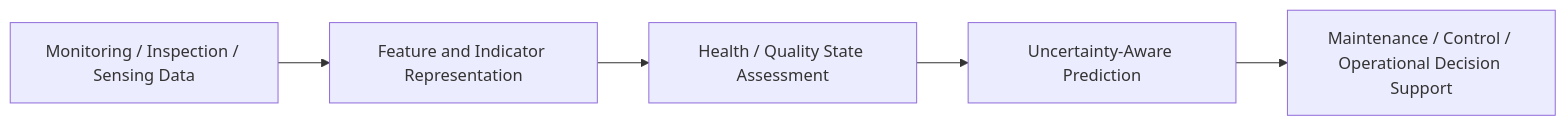
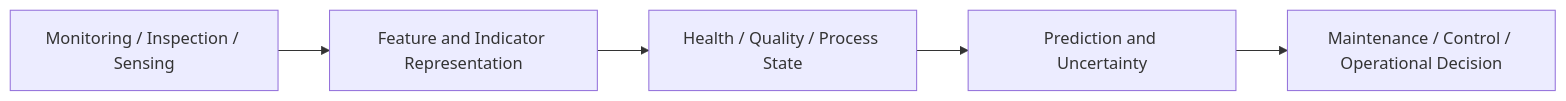
One commit to liujiaresearcher-hash/liujiaresearcher-hash changed the diagram in README.md. Above: the diagram before and after it, drawn with Mermaid. The commit also changed other lines of this file, not shown here.

Commit message:
Restructure profile around asset health and AM control

````diff
--- a/README.md
+++ b/README.md
@@ -39,10 +37,10 @@
 ```mermaid
 flowchart LR
-    A["Monitoring / Inspection / Sensing Data"]
+    A["Monitoring / Inspection / Sensing"]
     B["Feature and Indicator Representation"]
-    C["Health / Quality State Assessment"]
-    D["Uncertainty-Aware Prediction"]
-    E["Maintenance / Control / Operational Decision Support"]
+    C["Health / Quality / Process State"]
+    D["Prediction and Uncertainty"]
+    E["Maintenance / Control / Operational Decision"]
 
     A --> B --> C --> D --> E
 ```
````
